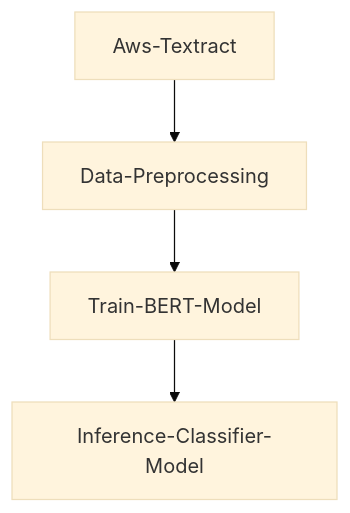
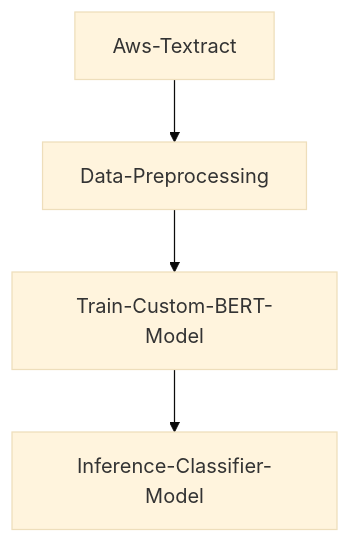
Before and after one commit to karsharma10/AppliedDataScience: the diagram in README.md, drawn with Mermaid (base theme).

````diff
--- a/README.md
+++ b/README.md
@@ -21,4 +21,4 @@
 ```mermaid
 graph TD;
-    Aws-Textract-->Data-Preprocessing --> Train-BERT-Model --> Inference-Classifier-Model;
+    Aws-Textract-->Data-Preprocessing --> Train-Custom-BERT-Model --> Inference-Classifier-Model;
 ```
````
